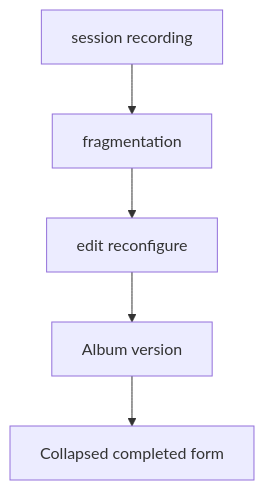
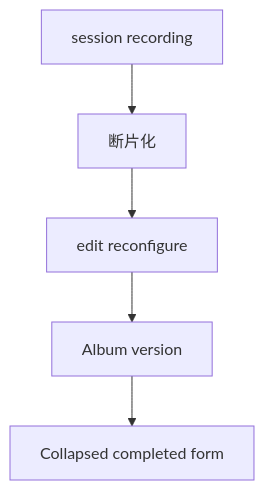
The third of 11 diagrams in en/_posts/2026-06-30-column-influential-album-02.md (monumental-movement/monumental-movement.github.io), drawn with Mermaid before and after one commit. The commit also changed other lines of this file and 2196 other files, not shown here.

```diff
--- a/en/_posts/2026-06-30-column-influential-album-02.md
+++ b/en/_posts/2026-06-30-column-influential-album-02.md
@@ -348,11 +346,11 @@
 <div class="mermaid">
 flowchart TD
 A[session recording]
-B[fragmentation]
+B[断片化]
 C[edit reconfigure]
 D[Album version]
 
 A --> B --> C --> D
 D --> E[Collapsed completed form]
 
 </div>
```
